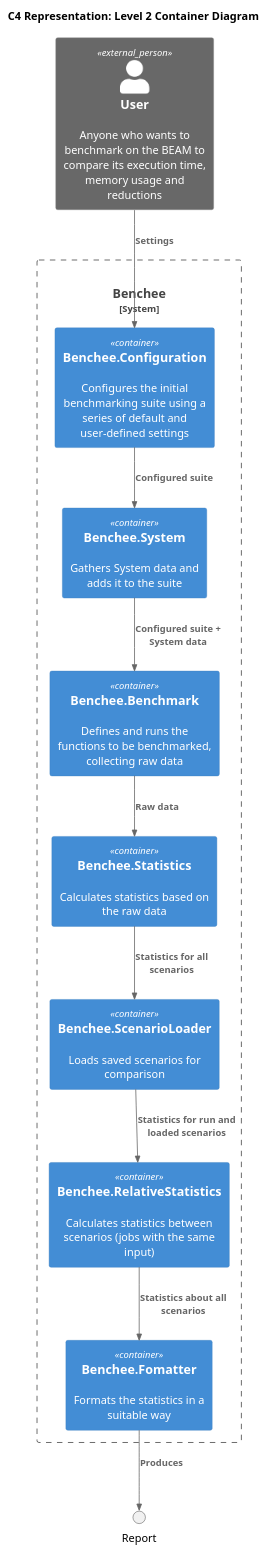
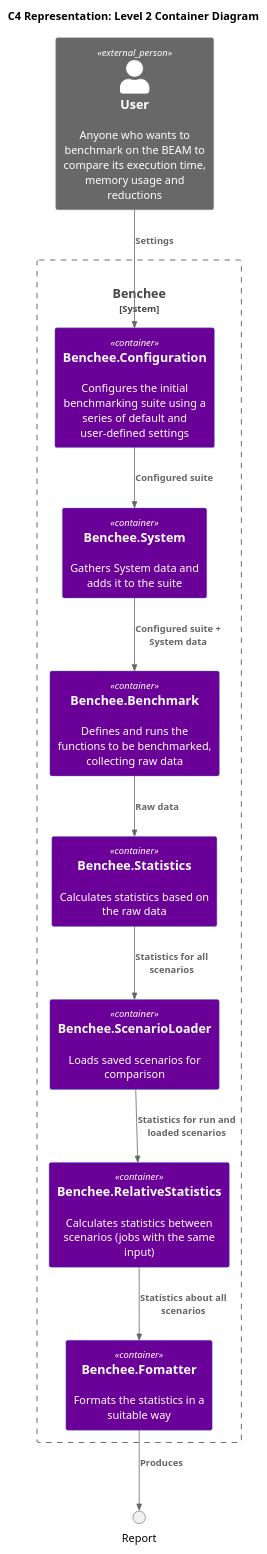
Before and after one commit to bencheeorg/benchee: the diagram in diagrams/container.pu, drawn with PlantUML. The commit also changed 2 other files, not shown here.

Commit message:
Purplize diagrams

```diff
--- a/diagrams/container.pu
+++ b/diagrams/container.pu
@@ -1,29 +1,41 @@
 @startuml container
 !include <C4/C4_Container>
 !include <C4/C4_Component>
+
+<style>
+.container {
+    BackGroundColor:   #6b0099;
+  }
+
+.component {
+  BackGroundColor:  #8f00cc;
+  FontColor: White;
+}
+
+</style>
 
 title C4 Representation: Level 2 Container Diagram
 
 Person_Ext(User, "User", "Anyone who wants to benchmark on the BEAM to compare its execution time, memory usage and reductions")
 
 System_Boundary(Benchee, "Benchee", "A microbenchmarking tool for Elixir") {
     Container(Config, "Benchee.Configuration", "", "Configures the initial benchmarking suite using a series of default and user-defined settings")
     Container(System, "Benchee.System", "", "Gathers System data and adds it to the suite")
     Container(Benchmark, "Benchee.Benchmark", "", "Defines and runs the functions to be benchmarked, collecting raw data")
     Container(Statistics, "Benchee.Statistics", "", "Calculates statistics based on the raw data")
     Container(RelativeStatistics, "Benchee.RelativeStatistics", "", "Calculates statistics between scenarios (jobs with the same input)")
     Container(ScenarioLoader, "Benchee.ScenarioLoader", "", "Loads saved scenarios for comparison")
     Container(Output, "Benchee.Fomatter", "", "Formats the statistics in a suitable way")
 }
 
 Rel(User, Config, "Settings")
 
 Rel(Config, System, "Configured suite")
 Rel(System, Benchmark, "Configured suite + System data")
 Rel(Benchmark, Statistics, "Raw data")
 Rel(Statistics, ScenarioLoader, "Statistics for all scenarios")
 Rel(ScenarioLoader, RelativeStatistics, "Statistics for run and loaded scenarios")
 Rel(RelativeStatistics, Output, "Statistics about all scenarios")
 
 Rel(Output, Report, "Produces")
 @enduml
```
